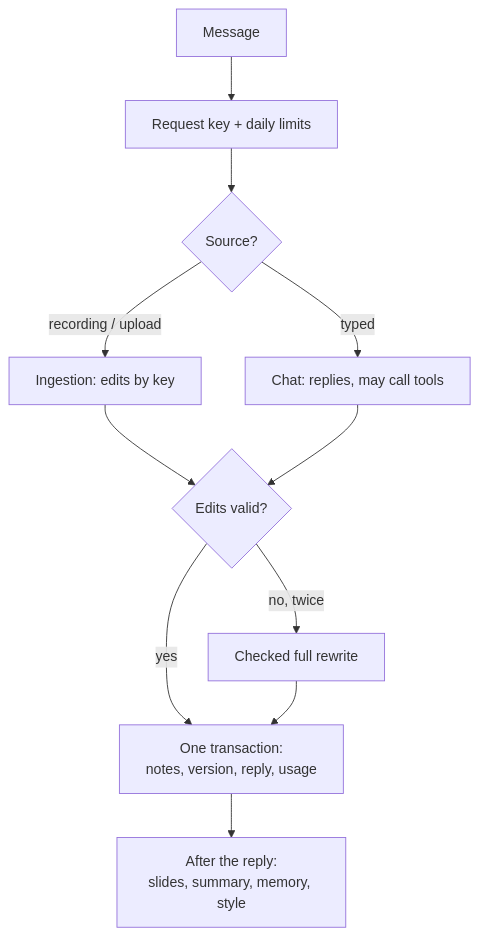
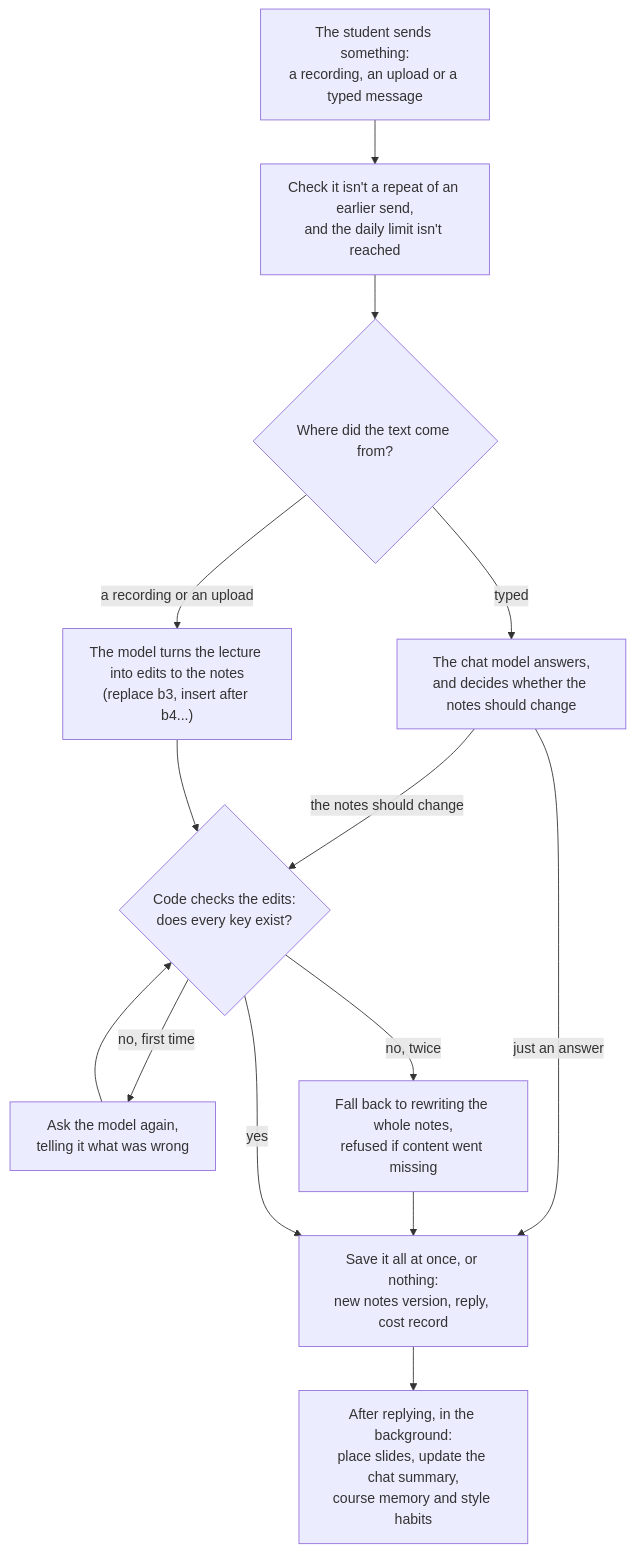
The second of 2 diagrams in DESIGN.md (karlwehbe/Veda), drawn with Mermaid before and after one commit.

Commit message:
Revise flowchart for message processing logic
Updated the flowchart to clarify the process based on the source of the text, distinguishing between recordings and typed messages.

````diff
--- a/DESIGN.md
+++ b/DESIGN.md
@@ -74,12 +74,14 @@
 ```mermaid
 flowchart TD
-  M["Message"] --> K["Request key + daily limits"]
-  K --> S{"Source?"}
-  S -->|"recording / upload"| W["Ingestion: edits by key"]
-  S -->|"typed"| C["Chat: replies, may call tools"]
-  W --> V{"Edits valid?"}
-  C --> V
-  V -->|"yes"| SAVE["One transaction:<br/>notes, version, reply, usage"]
-  V -->|"no, twice"| FR["Checked full rewrite"] --> SAVE
-  SAVE --> BG["After the reply:<br/>slides, summary, memory, style"]
+    M["The student sends something:<br/>a recording, an upload or a typed message"] --> K["Check it isn't a repeat of an earlier send,<br/>and the daily limit isn't reached"]
+  K --> S{"Where did the text come from?"}
+  S -->|"a recording or an upload"| W["The model turns the lecture into edits to the notes<br/>(replace b3, insert after b4...)"]
+  S -->|"typed"| C["The chat model answers,<br/>and decides whether the notes should change"]
+  C -->|"just an answer"| SAVE
+  C -->|"the notes should change"| V
+  W --> V{"Code checks the edits:<br/>does every key exist?"}
+  V -->|"no, first time"| R["Ask the model again,<br/>telling it what was wrong"] --> V
+  V -->|"no, twice"| FR["Fall back to rewriting the whole notes,<br/>refused if content went missing"] --> SAVE
+  V -->|"yes"| SAVE["Save it all at once, or nothing:<br/>new notes version, reply, cost record"]
+  SAVE --> BG["After replying, in the background:<br/>place slides, update the chat summary,<br/>course memory and style habits"]
 ```
````
